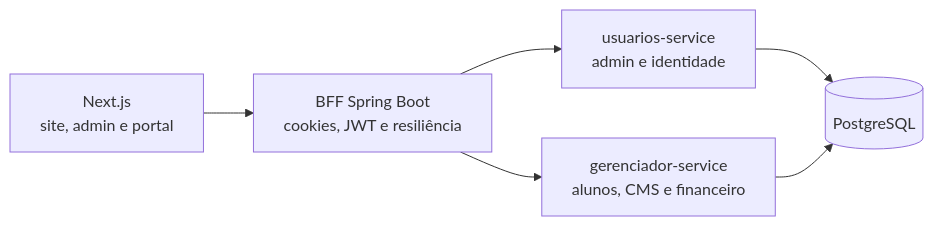
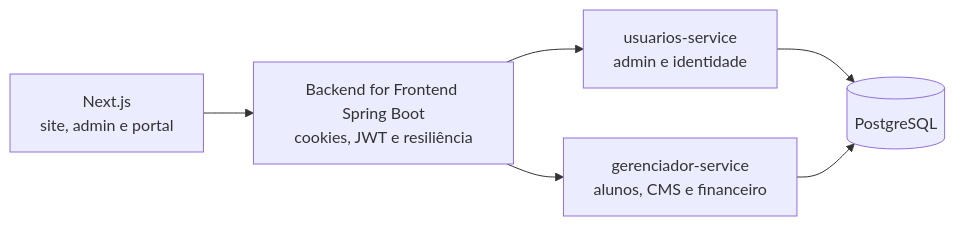
Before and after one commit to JhonathanDominick/rockepilates: the diagram in README.md, drawn with Mermaid. The commit also changed other lines of this file, not shown here.

````diff
--- a/README.md
+++ b/README.md
@@ -32,8 +32,8 @@
 ```mermaid
 flowchart LR
-    UI["Next.js<br/>site, admin e portal"] --> BFF["BFF Spring Boot<br/>cookies, JWT e resiliência"]
+    UI["Next.js<br/>site, admin e portal"] --> BFF["Backend for Frontend Spring Boot<br/>cookies, JWT e resiliência"]
     BFF --> USR["usuarios-service<br/>admin e identidade"]
     BFF --> GER["gerenciador-service<br/>alunos, CMS e financeiro"]
     USR --> PG[(PostgreSQL)]
     GER --> PG
 ```
````
